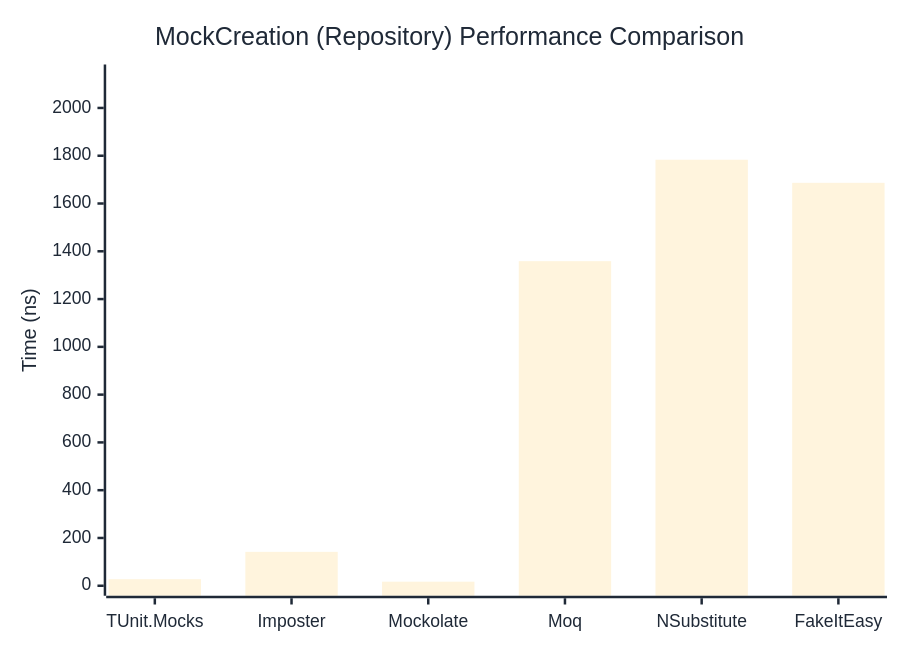
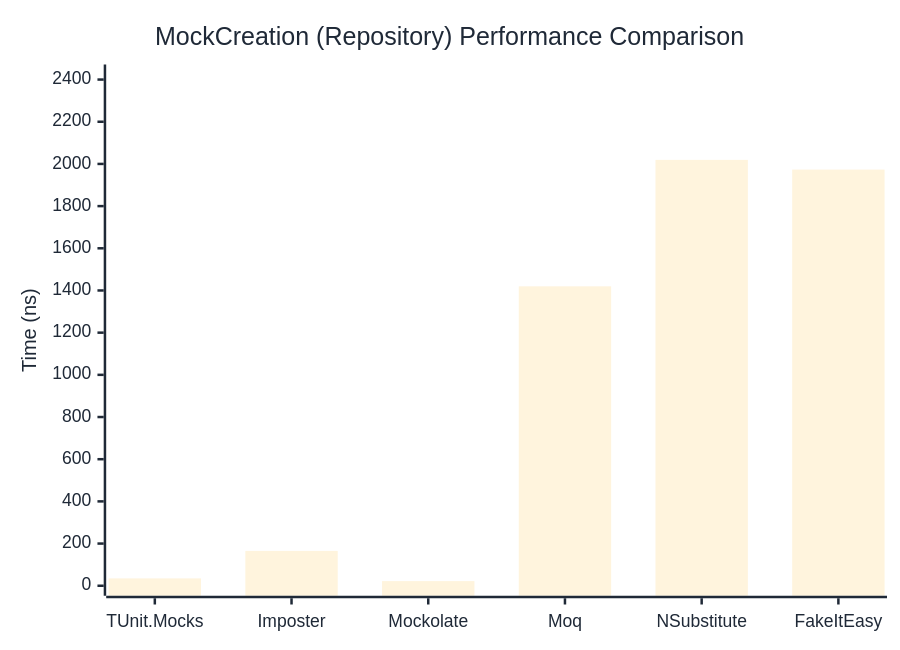
Before and after one commit to thomhurst/TUnit: the second of 2 diagrams in docs/docs/benchmarks/mocks/MockCreation.md, drawn with Mermaid. The commit also changed other lines of this file and 14 other files, not shown here.

````diff
--- a/docs/docs/benchmarks/mocks/MockCreation.md
+++ b/docs/docs/benchmarks/mocks/MockCreation.md
@@ -71,27 +71,27 @@
 ```mermaid
 %%{init: {
   'theme':'base',
   'themeVariables': {
     'primaryColor': '#2563eb',
     'primaryTextColor': '#1f2937',
     'primaryBorderColor': '#1e40af',
     'lineColor': '#6b7280',
     'secondaryColor': '#7c3aed',
     'tertiaryColor': '#dc2626',
     'background': '#ffffff',
     'pie1': '#2563eb',
     'pie2': '#7c3aed',
     'pie3': '#dc2626',
     'pie4': '#f59e0b',
     'pie5': '#10b981',
     'pie6': '#06b6d4',
     'pie7': '#ec4899',
     'pie8': '#6366f1'
   }
 }}%%
 xychart-beta
   title "MockCreation (Repository) Performance Comparison"
   x-axis ["TUnit.Mocks", "Imposter", "Mockolate", "Moq", "NSubstitute", "FakeItEasy"]
-  y-axis "Time (ns)" 0 --> 2140
-  bar [27.44, 141.92, 17.07, 1358.62, 1783.29, 1686.55]
+  y-axis "Time (ns)" 0 --> 2424
+  bar [34.85, 165.25, 22.01, 1419.66, 2019.26, 1973.19]
 ```
````
